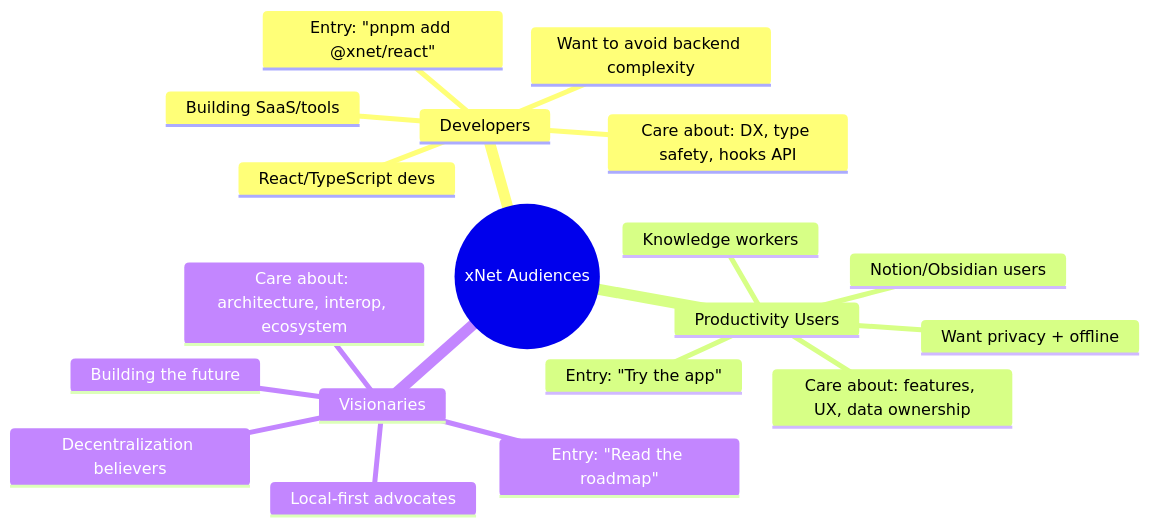
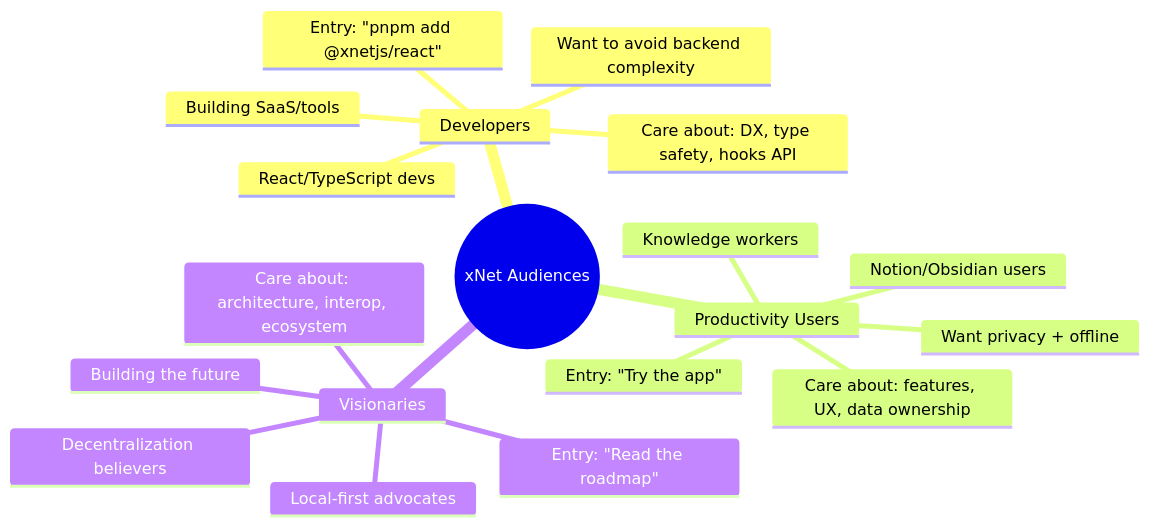
One commit to crs48/xNet changed the second of 7 diagrams in docs/explorations/0060_[x]_LANDING_PAGE_REVISION.md. Above: the diagram before and after it, drawn with Mermaid. The commit also changed other lines of this file and 980 other files, not shown here.

````diff
--- a/docs/explorations/0060_[x]_LANDING_PAGE_REVISION.md
+++ b/docs/explorations/0060_[x]_LANDING_PAGE_REVISION.md
@@ -153,22 +153,22 @@
 ```mermaid
 mindmap
   root((xNet Audiences))
     Developers
       React/TypeScript devs
       Building SaaS/tools
       Want to avoid backend complexity
       Care about: DX, type safety, hooks API
-      Entry: "pnpm add @xnet/react"
+      Entry: "pnpm add @xnetjs/react"
     Productivity Users
       Knowledge workers
       Notion/Obsidian users
       Want privacy + offline
       Care about: features, UX, data ownership
       Entry: "Try the app"
     Visionaries
       Local-first advocates
       Decentralization believers
       Building the future
       Care about: architecture, interop, ecosystem
       Entry: "Read the roadmap"
 ```
````
